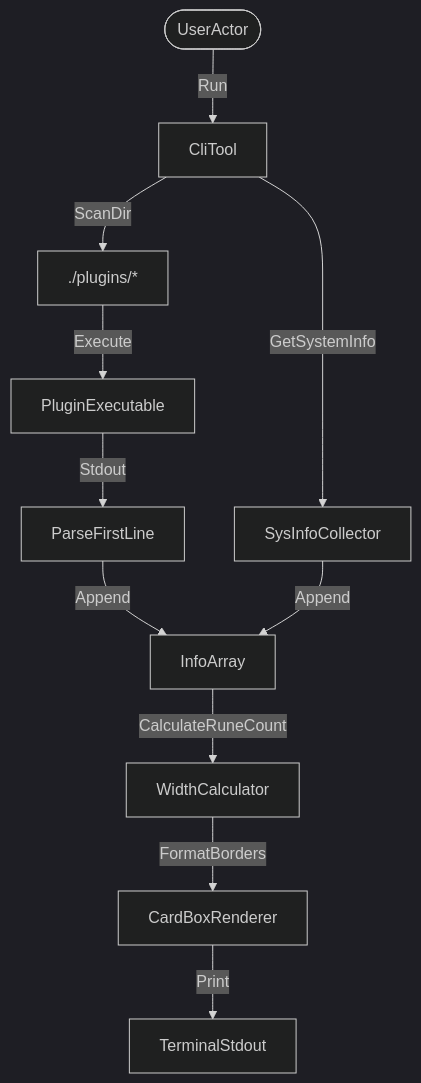
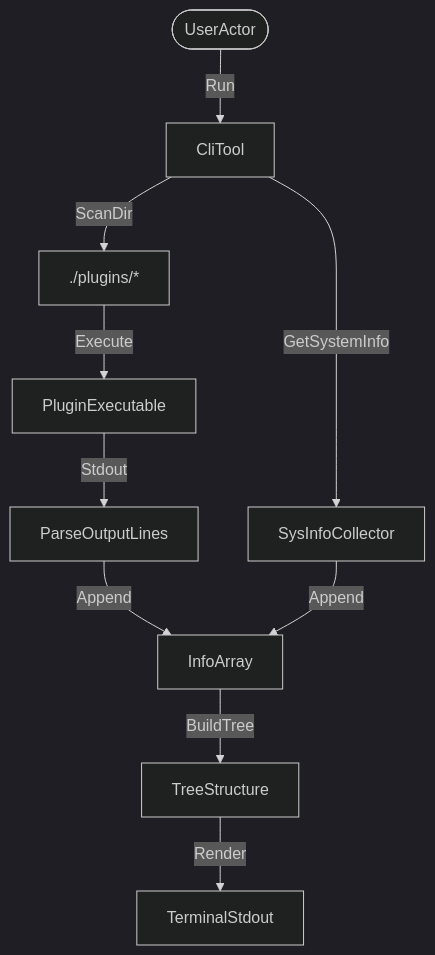
Before and after one commit to julesklord/arbol: the diagram in docs/wiki/architecture.md, drawn with Mermaid (dark theme). The commit also changed other lines of this file and 30 other files, not shown here.

````diff
--- a/docs/wiki/architecture.md
+++ b/docs/wiki/architecture.md
@@ -9,13 +9,12 @@
 ```mermaid
 graph TD
     User([UserActor]) -->|Run| Cli[CliTool]
     Cli -->|ScanDir| PluginsDir[./plugins/*]
     PluginsDir -->|Execute| PluginExec[PluginExecutable]
-    PluginExec -->|Stdout| ParseLines[ParseFirstLine]
+    PluginExec -->|Stdout| ParseLines[ParseOutputLines]
     Cli -->|GetSystemInfo| SysInfo[SysInfoCollector]
     ParseLines -->|Append| InfoArray[InfoArray]
     SysInfo -->|Append| InfoArray
-    InfoArray -->|CalculateRuneCount| WidthCalculator[WidthCalculator]
-    WidthCalculator -->|FormatBorders| Renderer[CardBoxRenderer]
-    Renderer -->|Print| Stdout[TerminalStdout]
+    InfoArray -->|BuildTree| Tree[TreeStructure]
+    Tree -->|Render| Stdout[TerminalStdout]
 ```
````
